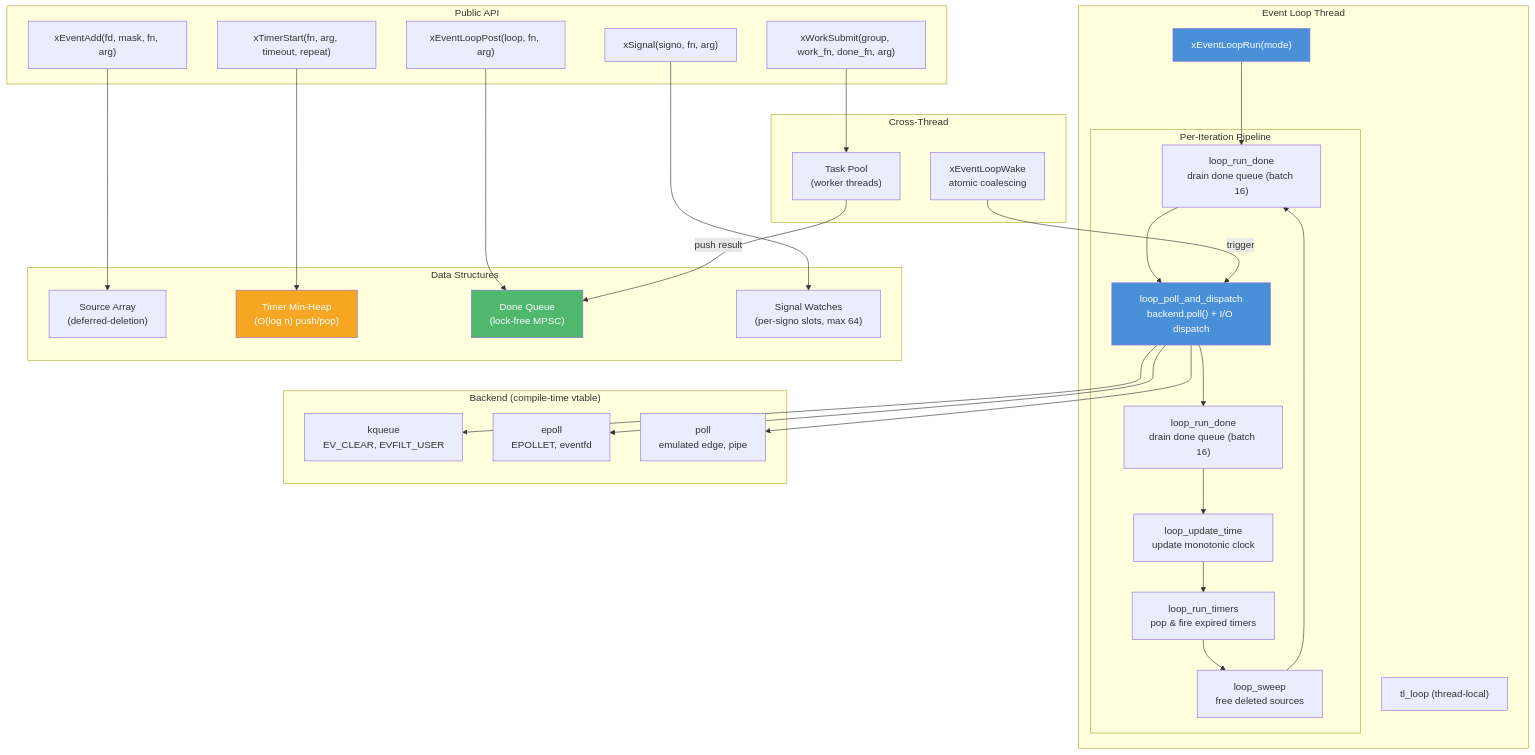
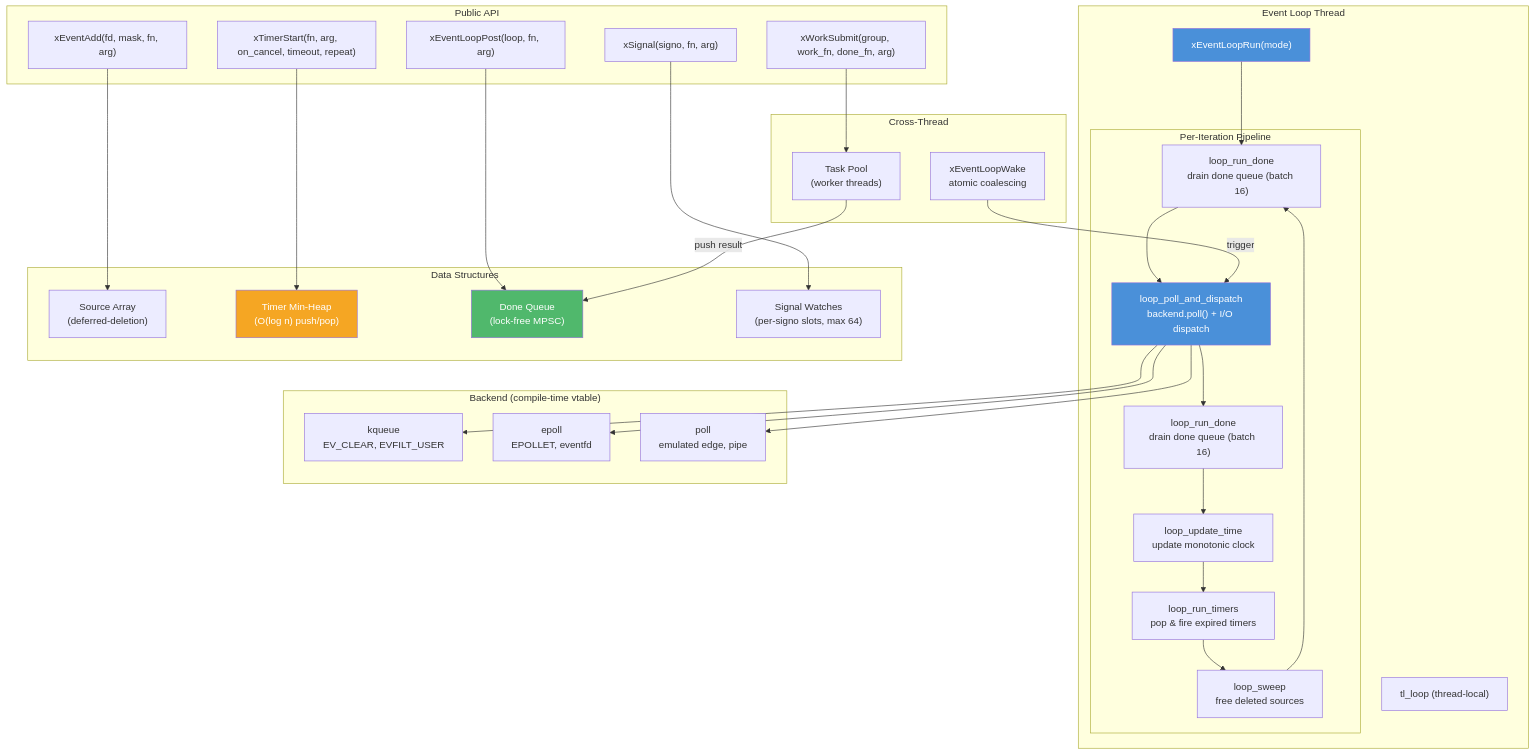
The first of 2 diagrams in docs/libx/base/event.md (mivinci/x), drawn with Mermaid before and after one commit. The commit also changed other lines of this file and 71 other files, not shown here.

````diff
--- a/docs/libx/base/event.md
+++ b/docs/libx/base/event.md
@@ -25,69 +25,69 @@
 ```mermaid
 graph TD
     subgraph "Public API"
         ADD["xEventAdd(fd, mask, fn, arg)"]
-        TIMER["xTimerStart(fn, arg, timeout, repeat)"]
+        TIMER["xTimerStart(fn, arg, on_cancel, timeout, repeat)"]
         WORK["xWorkSubmit(group, work_fn, done_fn, arg)"]
         POST["xEventLoopPost(loop, fn, arg)"]
         SIGNAL["xSignal(signo, fn, arg)"]
     end
 
     subgraph "Event Loop Thread"
         RUN["xEventLoopRun(mode)"]
 
         subgraph "Per-Iteration Pipeline"
             DONE1["loop_run_done<br/>drain done queue (batch 16)"]
             POLL["loop_poll_and_dispatch<br/>backend.poll() + I/O dispatch"]
             DONE2["loop_run_done<br/>drain done queue (batch 16)"]
             TIME["loop_update_time<br/>update monotonic clock"]
             FIRE["loop_run_timers<br/>pop & fire expired timers"]
             SWEEP["loop_sweep<br/>free deleted sources"]
         end
 
         TL_LOOP["tl_loop (thread-local)"]
     end
 
     subgraph "Data Structures"
         SOURCES["Source Array<br/>(deferred-deletion)"]
         HEAP["Timer Min-Heap<br/>(O(log n) push/pop)"]
         DONE_Q["Done Queue<br/>(lock-free MPSC)"]
         SIGNALS["Signal Watches<br/>(per-signo slots, max 64)"]
     end
 
     subgraph "Backend (compile-time vtable)"
         KQ["kqueue<br/>EV_CLEAR, EVFILT_USER"]
         EP["epoll<br/>EPOLLET, eventfd"]
         PO["poll<br/>emulated edge, pipe"]
     end
 
     subgraph "Cross-Thread"
         WAKE["xEventLoopWake<br/>atomic coalescing"]
         POOL["Task Pool<br/>(worker threads)"]
     end
 
     ADD --> SOURCES
     TIMER --> HEAP
     WORK --> POOL
     POST --> DONE_Q
     SIGNAL --> SIGNALS
 
     RUN --> DONE1
     DONE1 --> POLL
     POLL --> DONE2
     DONE2 --> TIME
     TIME --> FIRE
     FIRE --> SWEEP
     SWEEP --> DONE1
 
     POLL --> KQ
     POLL --> EP
     POLL --> PO
 
     POOL -->|"push result"| DONE_Q
     WAKE -->|"trigger"| POLL
 
     style RUN fill:#4a90d9,color:#fff
     style POLL fill:#4a90d9,color:#fff
     style HEAP fill:#f5a623,color:#fff
     style DONE_Q fill:#50b86c,color:#fff
 ```
````
